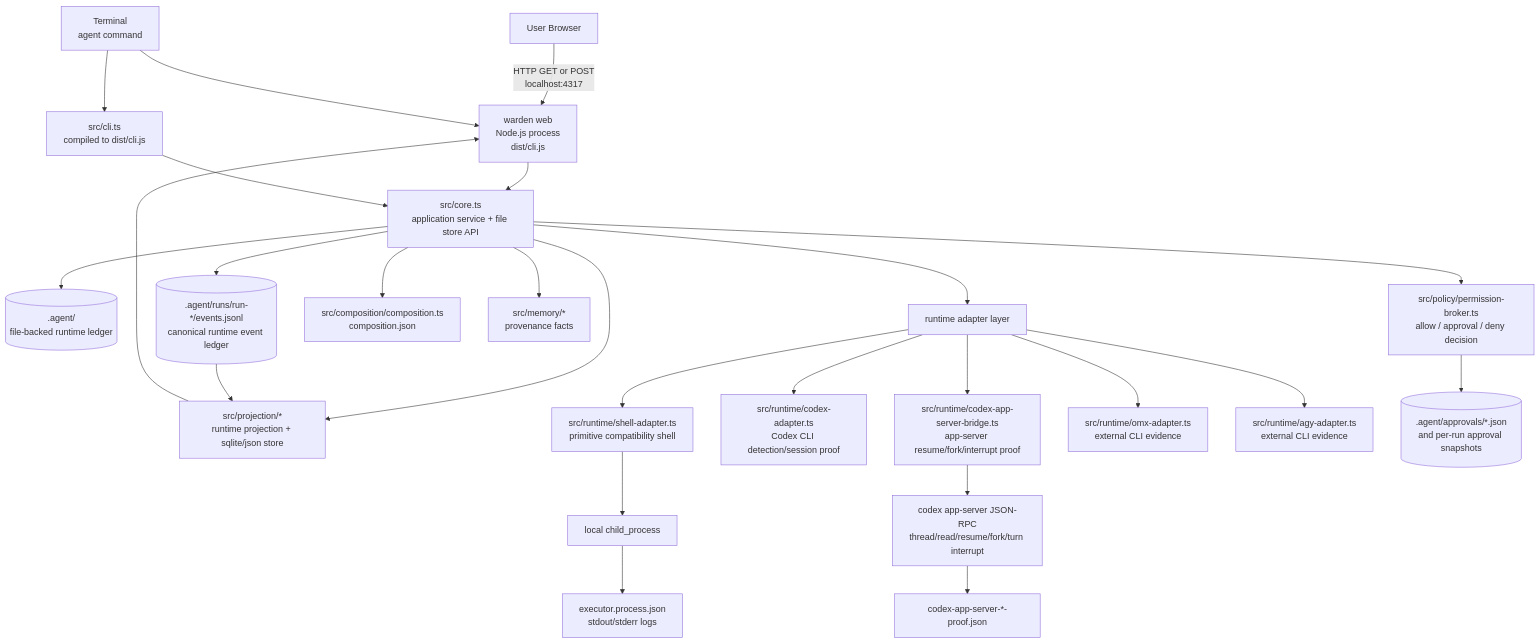
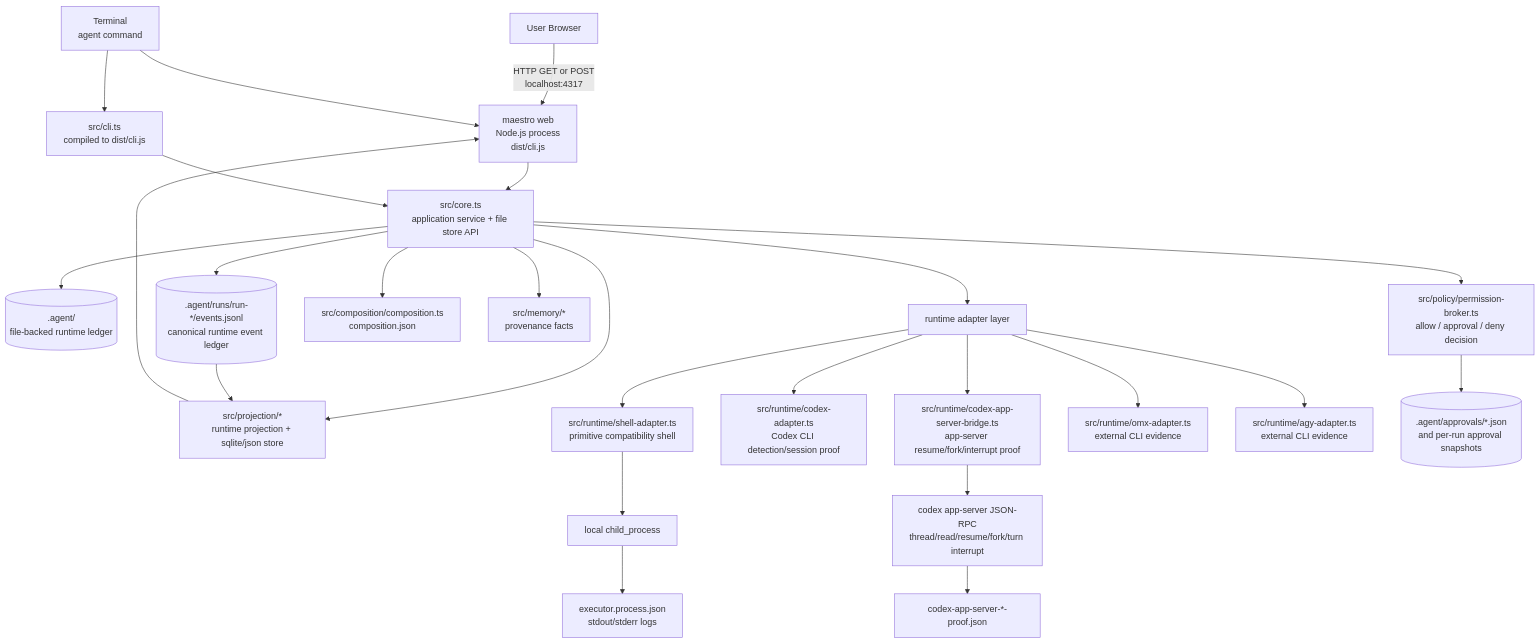
One commit to Dongkyu-ES/maestro changed the first of 8 diagrams in docs/architecture/PHYSICAL_RUNTIME_ARCHITECTURE.md. Above: the diagram before and after it, drawn with Mermaid. The commit also changed other lines of this file and 31 other files, not shown here.

First line of the commit message:
refactor(rename): Warden → maestro across CLI, UI, docs, comments

````diff
--- a/docs/architecture/PHYSICAL_RUNTIME_ARCHITECTURE.md
+++ b/docs/architecture/PHYSICAL_RUNTIME_ARCHITECTURE.md
@@ -12,33 +12,33 @@
 ```mermaid
 flowchart TD
-    Browser["User Browser"] -->|"HTTP GET or POST<br/>localhost:4317"| WebServer["warden web<br/>Node.js process<br/>dist/cli.js"]
+    Browser["User Browser"] -->|"HTTP GET or POST<br/>localhost:4317"| WebServer["maestro web<br/>Node.js process<br/>dist/cli.js"]
     Terminal["Terminal<br/>agent command"] --> WebServer
     Terminal --> CLI["src/cli.ts<br/>compiled to dist/cli.js"]
 
     WebServer --> Core["src/core.ts<br/>application service + file store API"]
     CLI --> Core
 
     Core --> AgentStore[(".agent/<br/>file-backed runtime ledger")]
     Core --> EventLedger[(".agent/runs/run-*/events.jsonl<br/>canonical runtime event ledger")]
     Core --> Projection["src/projection/*<br/>runtime projection + sqlite/json store"]
     Core --> Policy["src/policy/permission-broker.ts<br/>allow / approval / deny decision"]
     Core --> Composition["src/composition/composition.ts<br/>composition.json"]
     Core --> Memory["src/memory/*<br/>provenance facts"]
 
     Core --> RuntimeAdapters["runtime adapter layer"]
     RuntimeAdapters --> ShellAdapter["src/runtime/shell-adapter.ts<br/>primitive compatibility shell"]
     RuntimeAdapters --> CodexAdapter["src/runtime/codex-adapter.ts<br/>Codex CLI detection/session proof"]
     RuntimeAdapters --> CodexAppServer["src/runtime/codex-app-server-bridge.ts<br/>app-server resume/fork/interrupt proof"]
     RuntimeAdapters --> OmxAdapter["src/runtime/omx-adapter.ts<br/>external CLI evidence"]
     RuntimeAdapters --> AgyAdapter["src/runtime/agy-adapter.ts<br/>external CLI evidence"]
 
     ShellAdapter --> ChildProc["local child_process"]
     ChildProc --> ProcEvidence["executor.process.json<br/>stdout/stderr logs"]
 
     CodexAppServer --> AppServer["codex app-server JSON-RPC<br/>thread/read/resume/fork/turn interrupt"]
     AppServer --> LifecycleProof["codex-app-server-*-proof.json"]
 
     Policy --> Approvals[(".agent/approvals/*.json<br/>and per-run approval snapshots")]
     EventLedger --> Projection
     Projection --> WebServer
 ```
````
